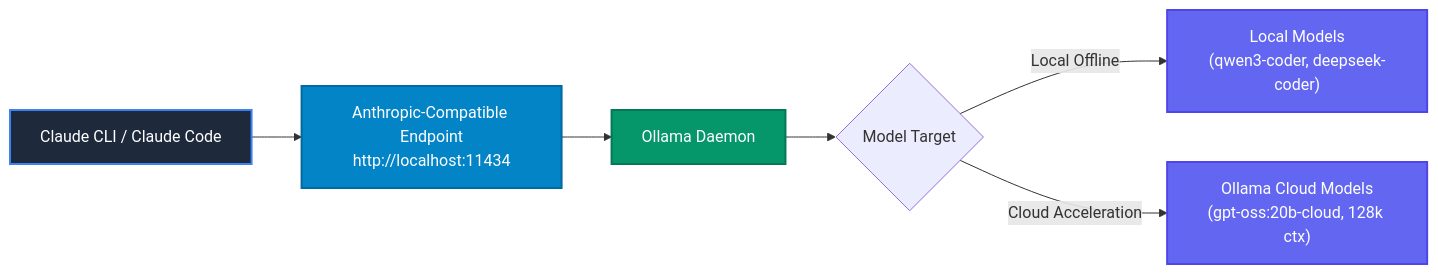
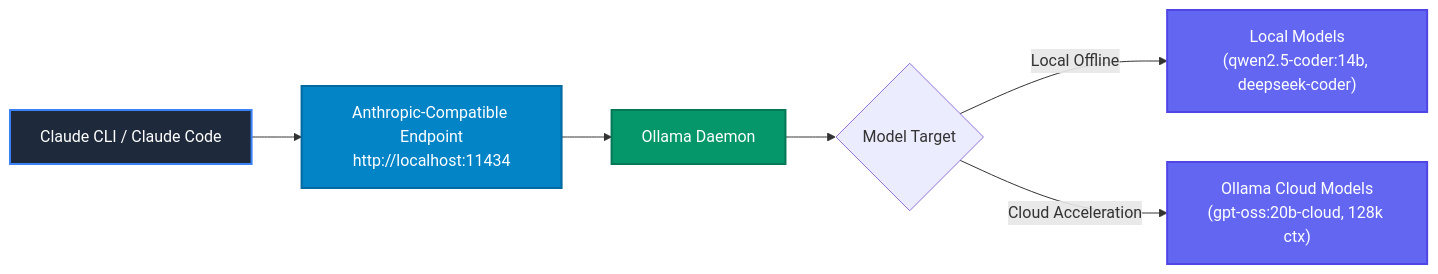
The second of 3 diagrams in README.md (CagriCatik/claude-ollama-coder), drawn with Mermaid before and after one commit. The commit also changed other lines of this file and 2 other files, not shown here.

````diff
--- a/README.md
+++ b/README.md
@@ -35,18 +85,18 @@
 ```mermaid
 flowchart LR
     A["Claude CLI / Claude Code"] --> B["Anthropic-Compatible Endpoint<br/>http://localhost:11434"]
     B --> C["Ollama Daemon"]
     C --> D{"Model Target"}
-    D -->|Local Offline| E["Local Models<br/>(qwen3-coder, deepseek-coder)"]
+    D -->|Local Offline| E["Local Models<br/>(qwen2.5-coder:14b, deepseek-coder)"]
     D -->|Cloud Acceleration| F["Ollama Cloud Models<br/>(gpt-oss:20b-cloud, 128k ctx)"]
 
     classDef cli fill:#1e293b,stroke:#3b82f6,color:#ffffff,stroke-width:2px;
     classDef endpoint fill:#0284c7,stroke:#0369a1,color:#ffffff,stroke-width:2px;
     classDef ollama fill:#059669,stroke:#047857,color:#ffffff,stroke-width:2px;
     classDef model fill:#6366f1,stroke:#4f46e5,color:#ffffff,stroke-width:2px;
 
     class A cli;
     class B endpoint;
     class C ollama;
     class E,F model;
 ```
````
